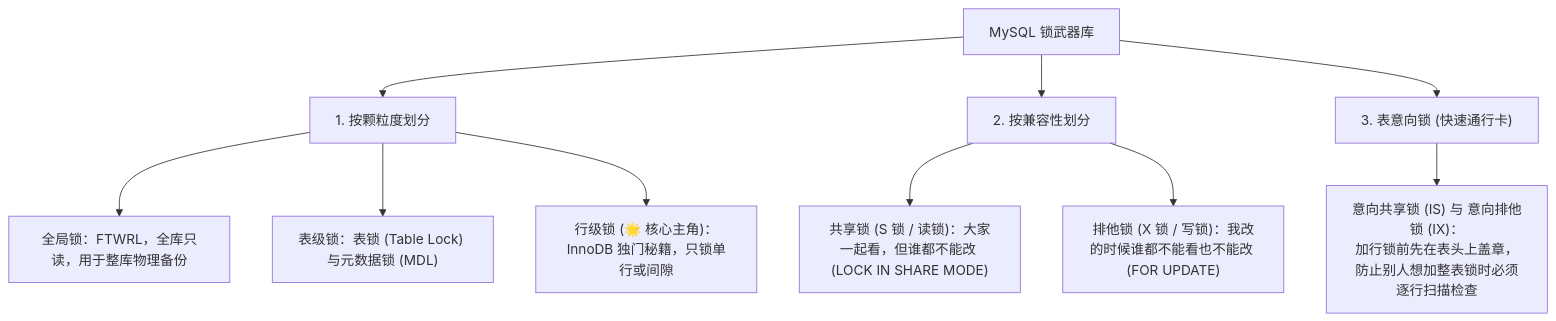
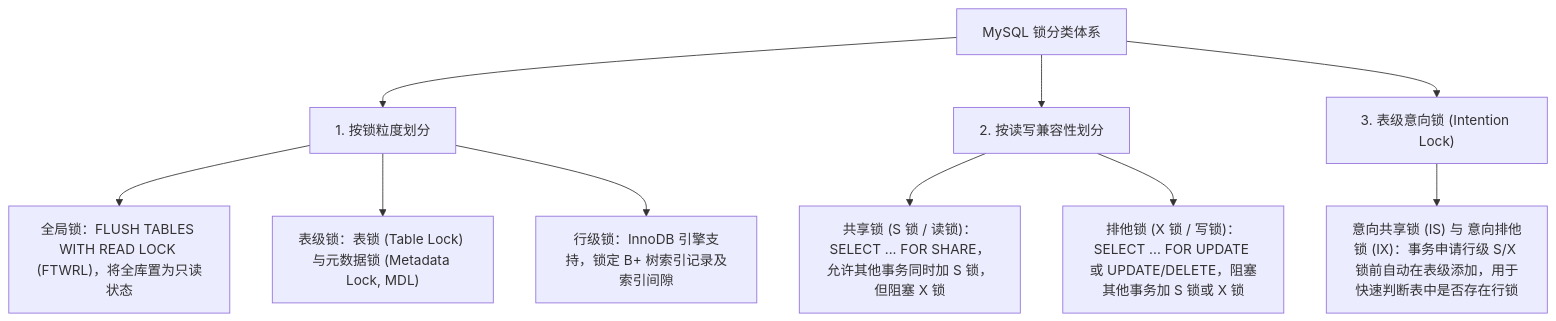
The second of 5 diagrams in 20-Java后端/05-数据库与存储/03-MySQL锁机制.md (GuoWWWX/knowledge-base), drawn with Mermaid before and after one commit. The commit also changed other lines of this file and 251 other files, not shown here.

````diff
--- a/20-Java后端/05-数据库与存储/03-MySQL锁机制.md
+++ b/20-Java后端/05-数据库与存储/03-MySQL锁机制.md
@@ -46,16 +51,16 @@
 ```mermaid
 flowchart TD
-    Locks["MySQL 锁武器库"]
+    Locks["MySQL 锁分类体系"]
     
-    Locks --> G1["1. 按颗粒度划分"]
-    G1 --> P1["全局锁：FTWRL，全库只读，用于整库物理备份"]
-    G1 --> P2["表级锁：表锁 (Table Lock) 与元数据锁 (MDL)"]
-    G1 --> P3["行级锁 (🌟 核心主角)：InnoDB 独门秘籍，只锁单行或间隙"]
+    Locks --> G1["1. 按锁粒度划分"]
+    G1 --> P1["全局锁：FLUSH TABLES WITH READ LOCK (FTWRL)，将全库置为只读状态"]
+    G1 --> P2["表级锁：表锁 (Table Lock) 与元数据锁 (Metadata Lock, MDL)"]
+    G1 --> P3["行级锁：InnoDB 引擎支持，锁定 B+ 树索引记录及索引间隙"]
 
-    Locks --> G2["2. 按兼容性划分"]
-    G2 --> C1["共享锁 (S 锁 / 读锁)：大家一起看，但谁都不能改 (LOCK IN SHARE MODE)"]
-    G2 --> C2["排他锁 (X 锁 / 写锁)：我改的时候谁都不能看也不能改 (FOR UPDATE)"]
+    Locks --> G2["2. 按读写兼容性划分"]
+    G2 --> C1["共享锁 (S 锁 / 读锁)：SELECT ... FOR SHARE，允许其他事务同时加 S 锁，但阻塞 X 锁"]
+    G2 --> C2["排他锁 (X 锁 / 写锁)：SELECT ... FOR UPDATE 或 UPDATE/DELETE，阻塞其他事务加 S 锁或 X 锁"]
 
-    Locks --> G3["3. 表意向锁 (快速通行卡)"]
-    G3 --> I1["意向共享锁 (IS) 与 意向排他锁 (IX)：<br/>加行锁前先在表头上盖章，防止别人想加整表锁时必须逐行扫描检查"]
+    Locks --> G3["3. 表级意向锁 (Intention Lock)"]
+    G3 --> I1["意向共享锁 (IS) 与 意向排他锁 (IX)：事务申请行级 S/X 锁前自动在表级添加，用于快速判断表中是否存在行锁"]
 ```
````
